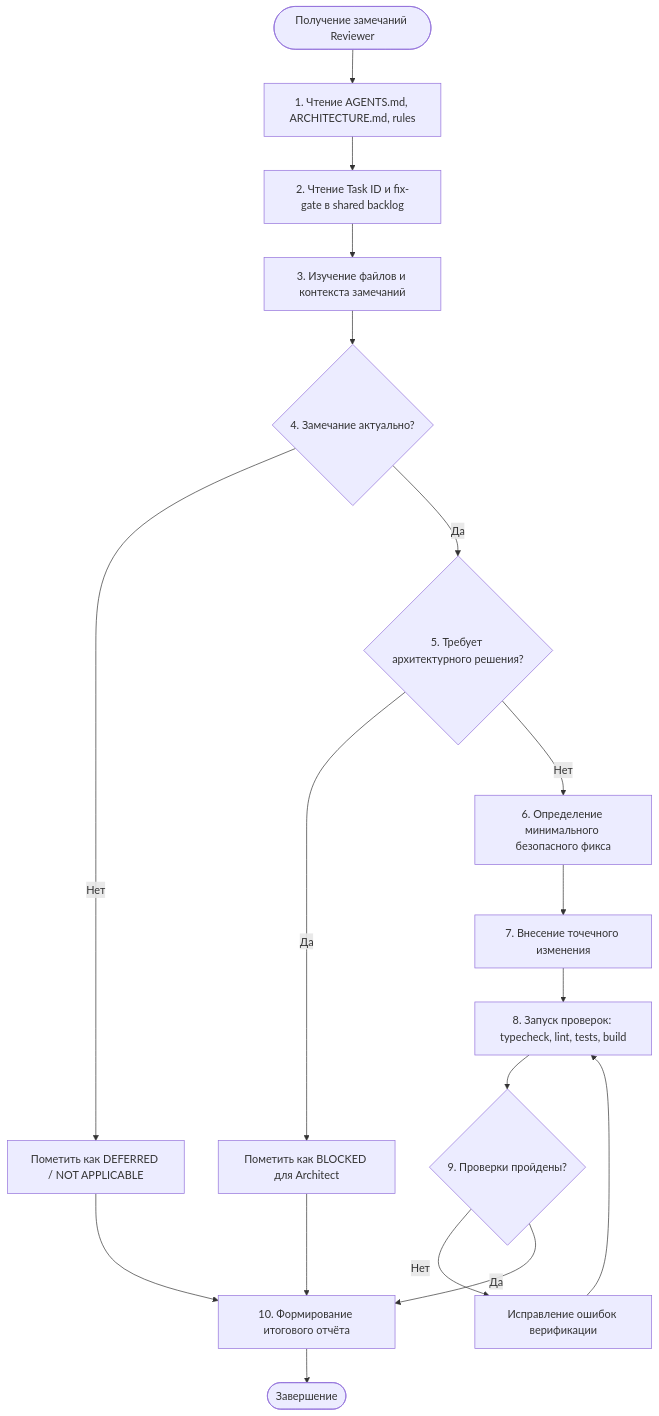
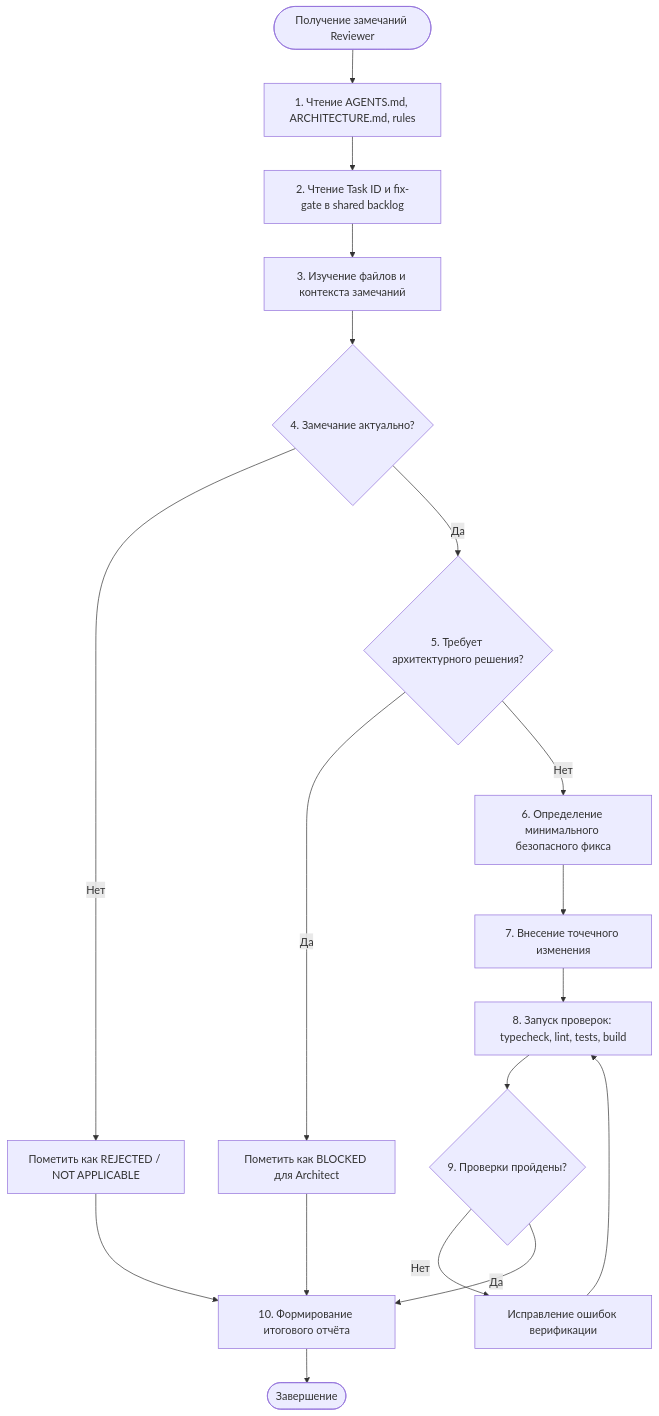
One commit to zyzycode/project_wisp changed the diagram in .agents/agents/fixer/agent.md. Above: the diagram before and after it, drawn with Mermaid. The commit also changed other lines of this file and 22 other files, not shown here.

Commit message:
new ARCHITECTURE

````diff
--- a/.agents/agents/fixer/agent.md
+++ b/.agents/agents/fixer/agent.md
@@ -166,20 +166,20 @@
 ```mermaid
 flowchart TD
     Start([Получение замечаний Reviewer]) --> ReadDocs[1. Чтение AGENTS.md, ARCHITECTURE.md, rules]
     ReadDocs --> ReadTask[2. Чтение Task ID и fix-gate в shared backlog]
     ReadTask --> Inspect[3. Изучение файлов и контекста замечаний]
     Inspect --> Validate{4. Замечание актуально?}
-    Validate -- Нет --> ReportSkip[Пометить как DEFERRED / NOT APPLICABLE]
+    Validate -- Нет --> ReportSkip[Пометить как REJECTED / NOT APPLICABLE]
     Validate -- Да --> CheckArch{5. Требует архитектурного решения?}
     CheckArch -- Да --> BlockArch[Пометить как BLOCKED для Architect]
     CheckArch -- Нет --> DesignFix[6. Определение минимального безопасного фикса]
     DesignFix --> ApplyFix[7. Внесение точечного изменения]
     ApplyFix --> Verify[8. Запуск проверок: typecheck, lint, tests, build]
     Verify --> CheckTests{9. Проверки пройдены?}
     CheckTests -- Нет --> DebugFix[Исправление ошибок верификации]
     DebugFix --> Verify
     CheckTests -- Да --> FinalReport[10. Формирование итогового отчёта]
     ReportSkip --> FinalReport
     BlockArch --> FinalReport
     FinalReport --> Done([Завершение])
 ```
````
